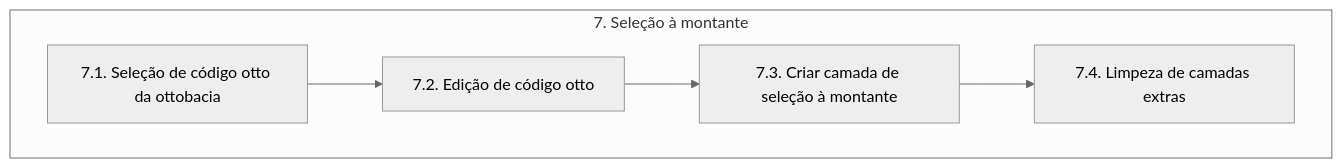
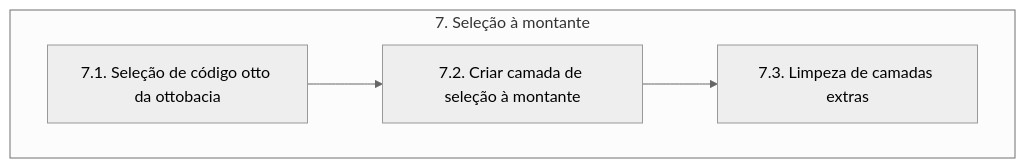
Before and after one commit to brunoguterres/ParaibaHidroGIS: the diagram in pyqgis/7/READ ME.md, drawn with Mermaid (neutral theme). The commit also changed other lines of this file and 2 other files, not shown here.

````diff
--- a/pyqgis/7/READ ME.md
+++ b/pyqgis/7/READ ME.md
@@ -9,6 +9,6 @@
 ```mermaid
     flowchart TD
     subgraph A[7. Seleção à montante]
-        B[7.1. Seleção de código otto da ottobacia] --> C[7.2. Edição de código otto] --> D[7.3. Criar camada de seleção à montante] --> E[7.4. Limpeza de camadas extras]
+        B[7.1. Seleção de código otto da ottobacia] --> C[7.2. Criar camada de seleção à montante] --> E[7.3. Limpeza de camadas extras]
     end
 ```
````
